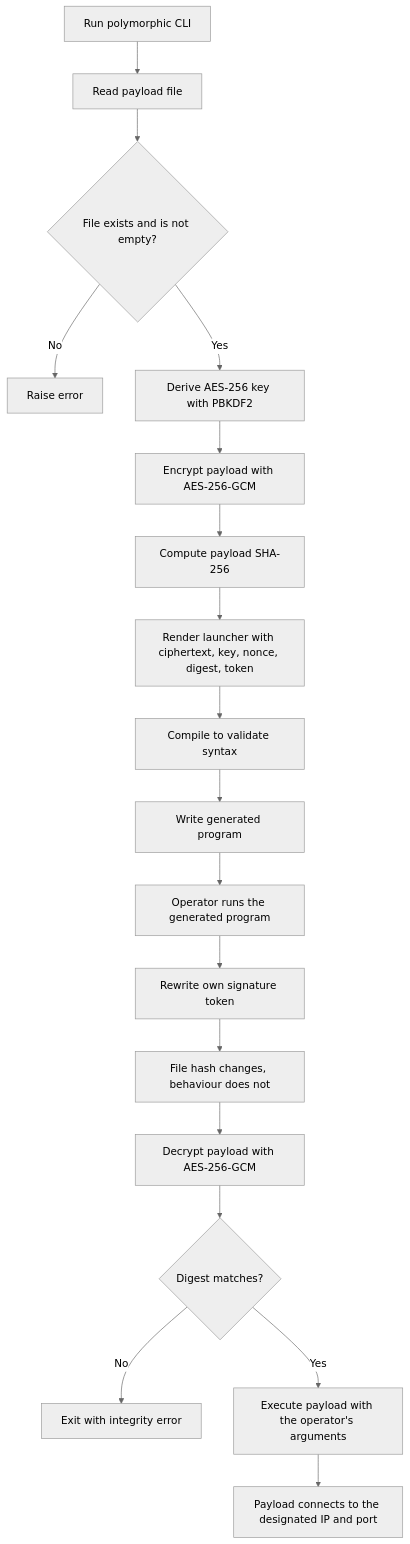
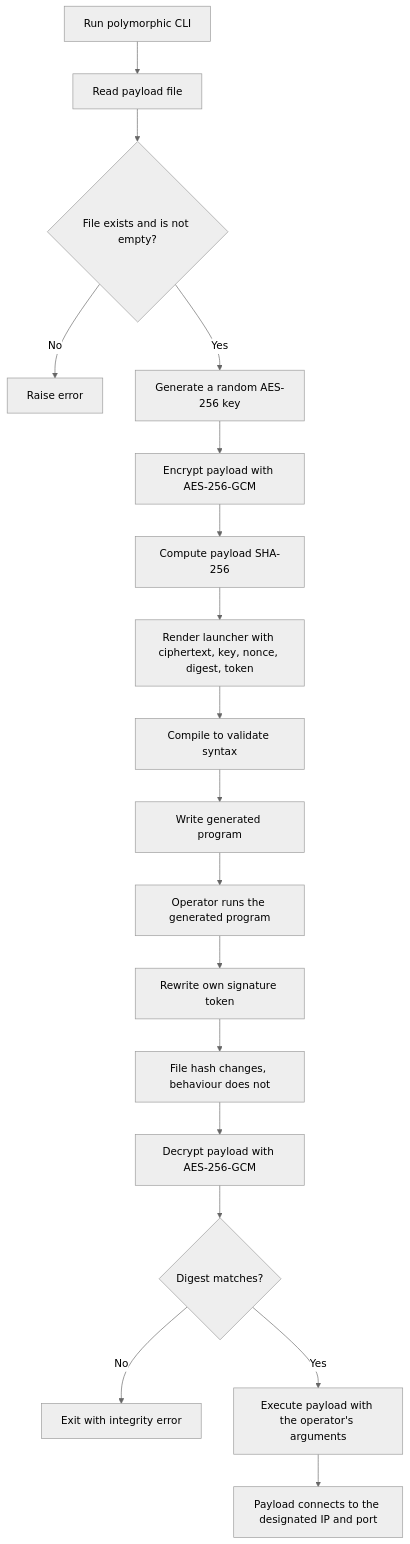
Before and after one commit to fahdaguenouz/hidden-bytes: the seventh of 8 diagrams in README.md, drawn with Mermaid (neutral theme). The commit also changed other lines of this file and 6 other files, not shown here.

````diff
--- a/README.md
+++ b/README.md
@@ -1058,21 +1090,21 @@
 ```mermaid
 flowchart TD
     A["Run polymorphic CLI"] --> B["Read payload file"]
     B --> C{"File exists and is not empty?"}
     C -- "No" --> D["Raise error"]
-    C -- "Yes" --> E["Derive AES-256 key with PBKDF2"]
+    C -- "Yes" --> E["Generate a random AES-256 key"]
     E --> F["Encrypt payload with AES-256-GCM"]
     F --> G["Compute payload SHA-256"]
     G --> H["Render launcher with ciphertext, key, nonce, digest, token"]
     H --> I["Compile to validate syntax"]
     I --> J["Write generated program"]
 
     J --> K["Operator runs the generated program"]
     K --> L["Rewrite own signature token"]
     L --> M["File hash changes, behaviour does not"]
     M --> N["Decrypt payload with AES-256-GCM"]
     N --> O{"Digest matches?"}
     O -- "No" --> P["Exit with integrity error"]
     O -- "Yes" --> Q["Execute payload with the operator's arguments"]
     Q --> R["Payload connects to the designated IP and port"]
 ```
````
